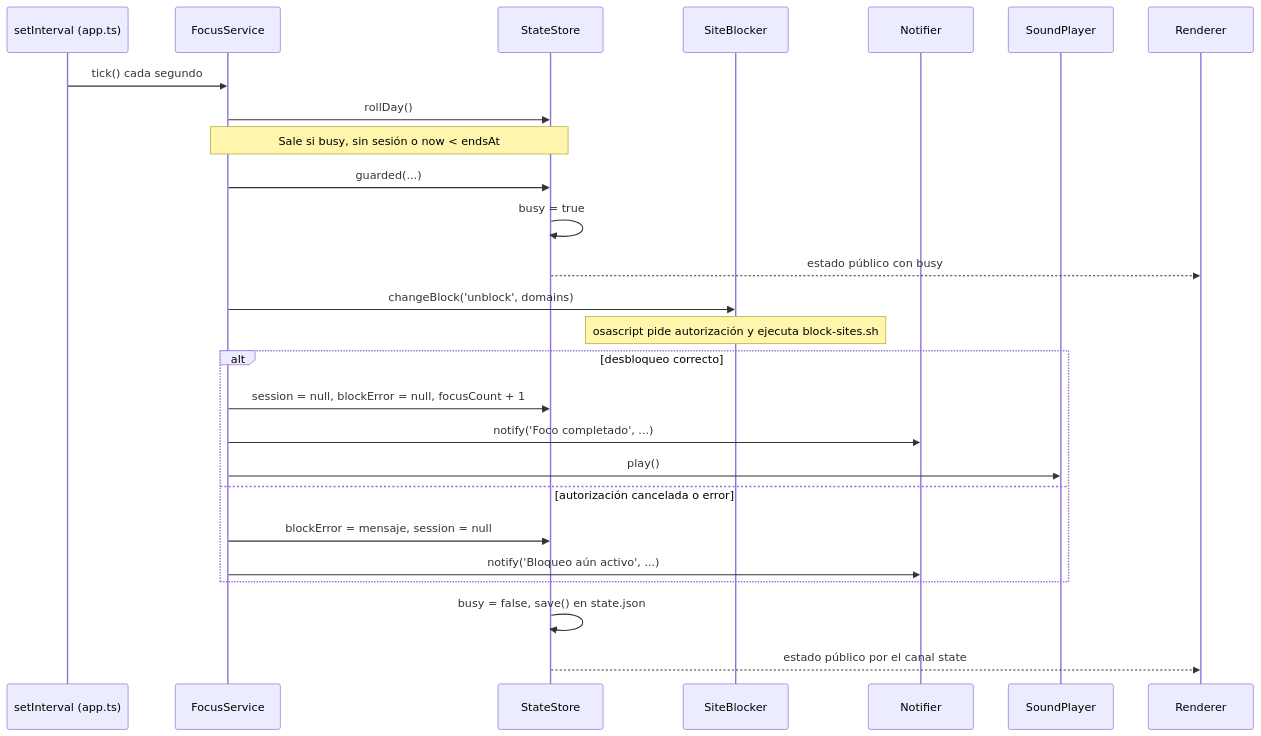
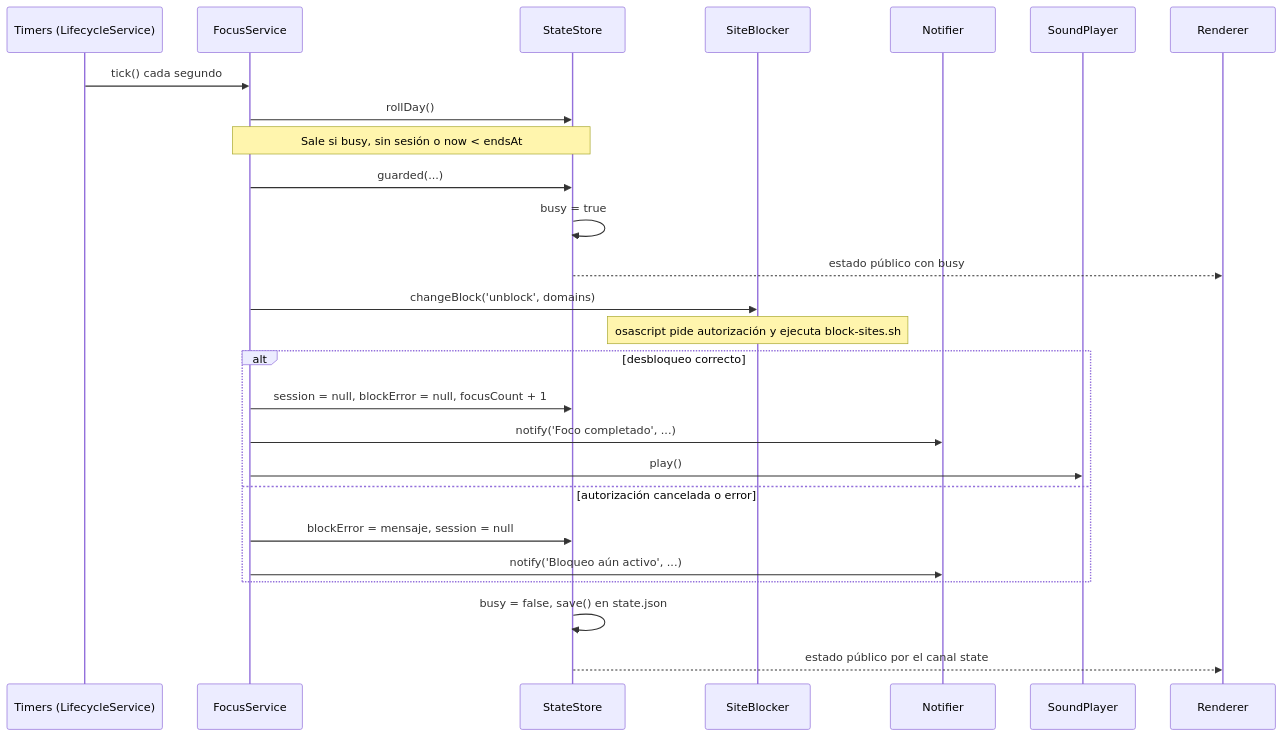
The fifth of 5 diagrams in docs/arquitectura.md (DevJuan95/ritmo), drawn with Mermaid before and after one commit. The commit also changed other lines of this file and 17 other files, not shown here.

````diff
--- a/docs/arquitectura.md
+++ b/docs/arquitectura.md
@@ -178,29 +230,29 @@
 ```mermaid
 sequenceDiagram
-  participant T as setInterval (app.ts)
+  participant T as Timers (LifecycleService)
   participant F as FocusService
   participant S as StateStore
   participant B as SiteBlocker
   participant N as Notifier
   participant P as SoundPlayer
   participant R as Renderer
 
   T->>F: tick() cada segundo
   F->>S: rollDay()
   Note over F,S: Sale si busy, sin sesión o now < endsAt
   F->>S: guarded(...)
   S->>S: busy = true
   S-->>R: estado público con busy
   F->>B: changeBlock('unblock', domains)
   Note over B: osascript pide autorización y ejecuta block-sites.sh
   alt desbloqueo correcto
     F->>S: session = null, blockError = null, focusCount + 1
     F->>N: notify('Foco completado', ...)
     F->>P: play()
   else autorización cancelada o error
     F->>S: blockError = mensaje, session = null
     F->>N: notify('Bloqueo aún activo', ...)
   end
   S->>S: busy = false, save() en state.json
   S-->>R: estado público por el canal state
 ```
````
